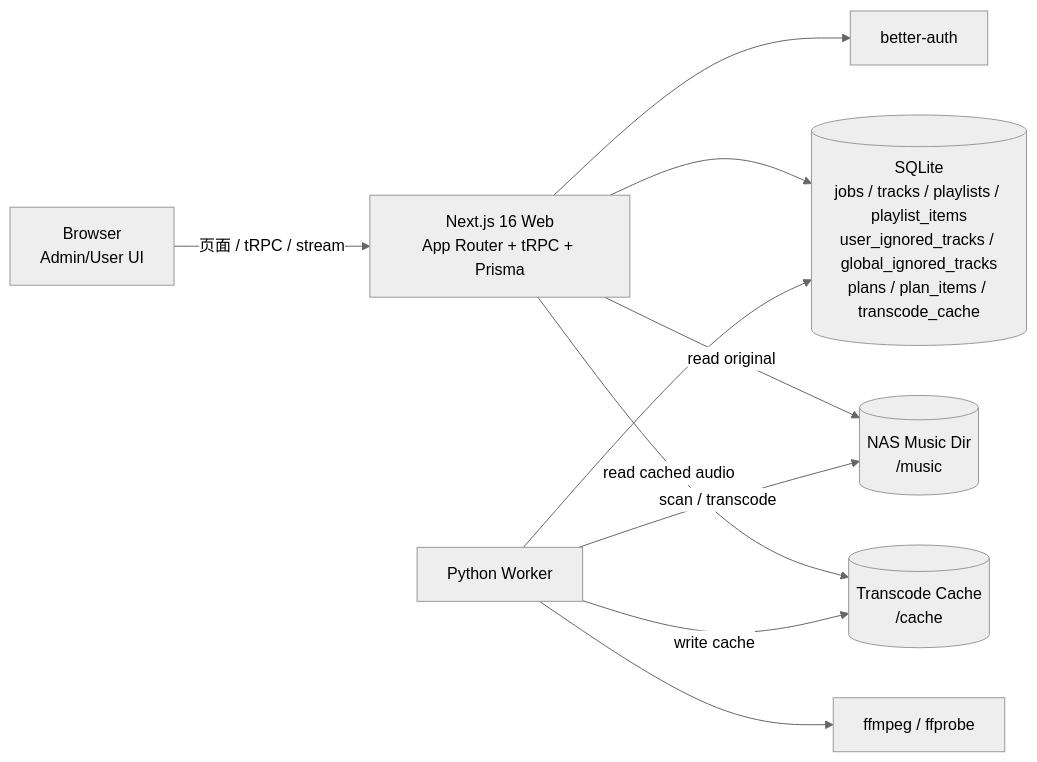
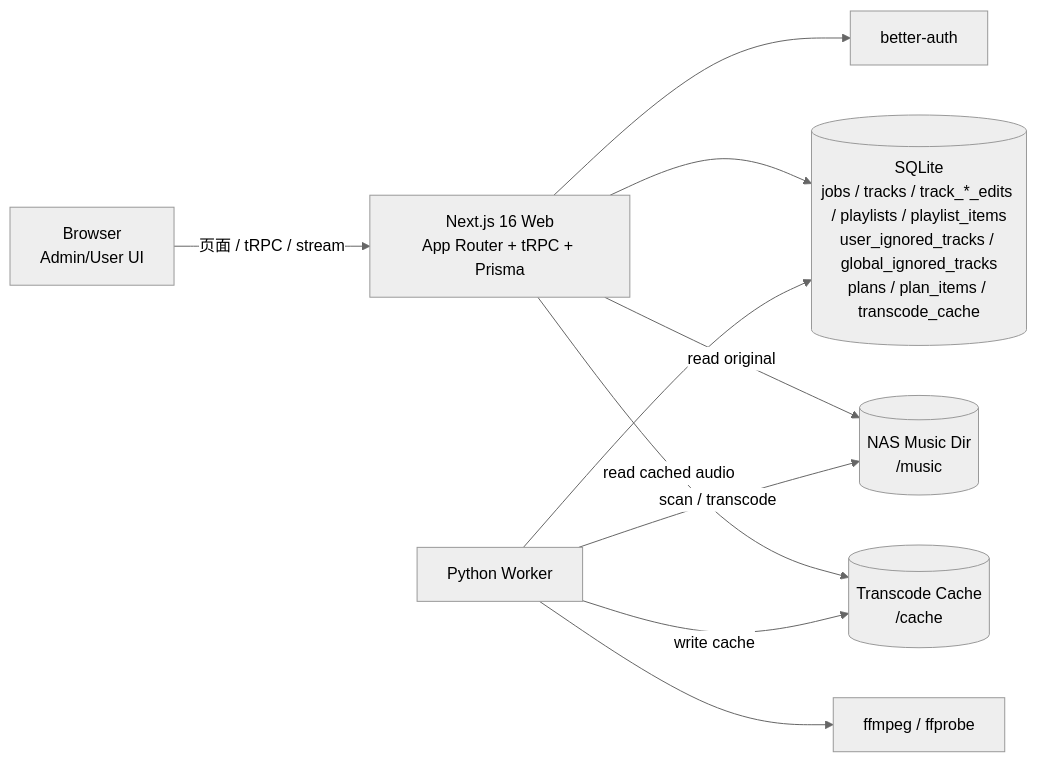
The first of 8 diagrams in docs/architecture.md (namehu/music-tagger), drawn with Mermaid (neutral theme) before and after one commit. The commit also changed other lines of this file and 86 other files, not shown here.

````diff
--- a/docs/architecture.md
+++ b/docs/architecture.md
@@ -44,22 +44,22 @@
 ```mermaid
 flowchart LR
   Browser[Browser<br/>Admin/User UI]
   Web[Next.js 16 Web<br/>App Router + tRPC + Prisma]
   Auth[better-auth]
-  DB[(SQLite<br/>jobs / tracks / playlists / playlist_items<br/>user_ignored_tracks / global_ignored_tracks<br/>plans / plan_items / transcode_cache)]
+  DB[(SQLite<br/>jobs / tracks / track_*_edits / playlists / playlist_items<br/>user_ignored_tracks / global_ignored_tracks<br/>plans / plan_items / transcode_cache)]
   Worker[Python Worker]
   FF[ffmpeg / ffprobe]
   Music[(NAS Music Dir<br/>/music)]
   Cache[(Transcode Cache<br/>/cache)]
 
   Browser -->|页面 / tRPC / stream| Web
   Web --> Auth
   Web --> DB
   Web -->|read original| Music
   Web -->|read cached audio| Cache
 
   Worker --> DB
   Worker -->|scan / transcode| Music
   Worker --> FF
   Worker -->|write cache| Cache
 ```
````
